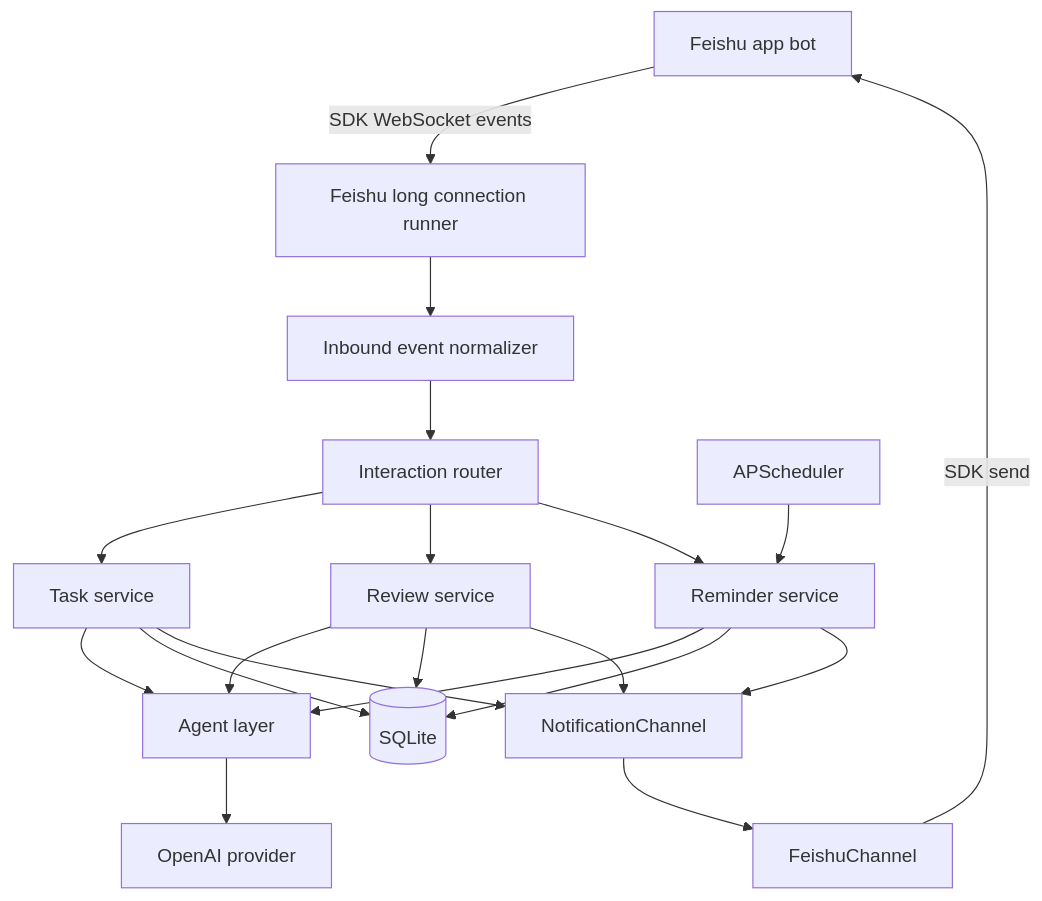
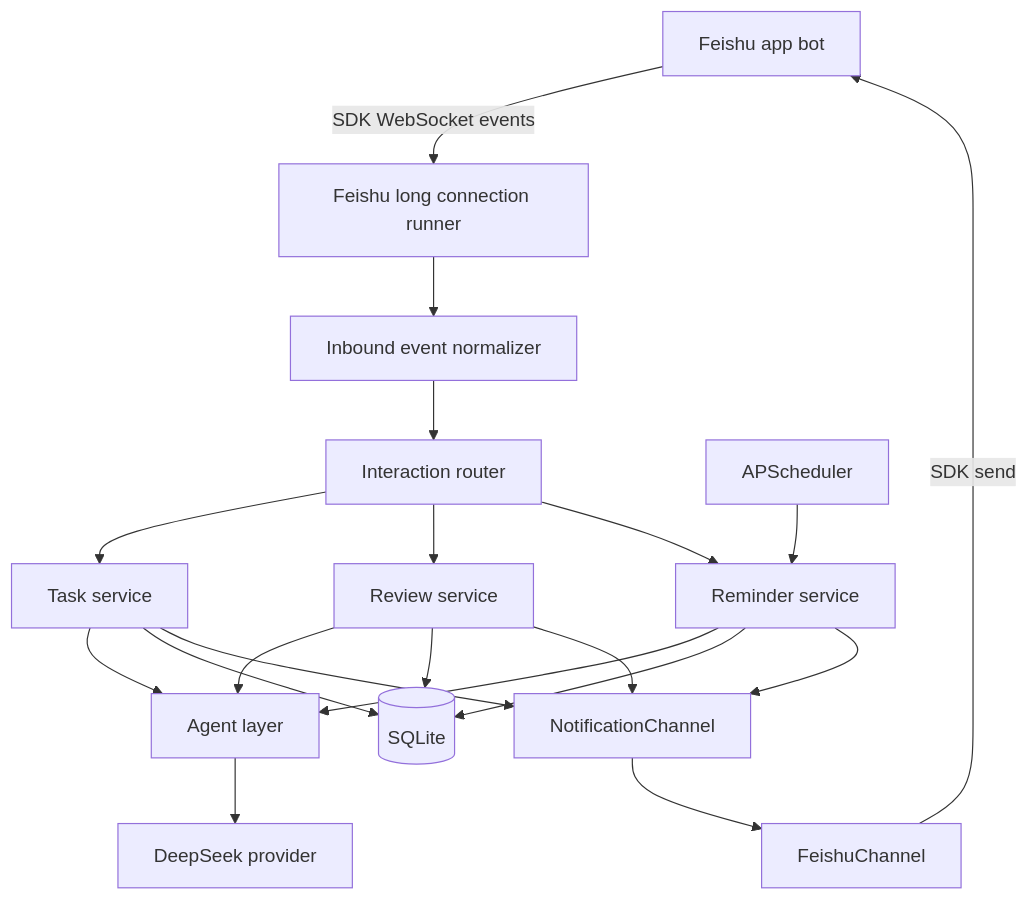
The diagram in docs/plans/2026-06-06-001-feat-personal-assistant-agent-plan.md (cyt1999/ia), drawn with Mermaid before and after one commit. The commit also changed other lines of this file and 12 other files, not shown here.

Commit message:
feat: adapt llm provider to DeepSeek

````diff
--- a/docs/plans/2026-06-06-001-feat-personal-assistant-agent-plan.md
+++ b/docs/plans/2026-06-06-001-feat-personal-assistant-agent-plan.md
@@ -76,22 +76,22 @@
 ```mermaid
 flowchart TB
   Feishu[Feishu app bot] -->|SDK WebSocket events| Runner[Feishu long connection runner]
   Runner --> Inbound[Inbound event normalizer]
   Inbound --> Router[Interaction router]
   Router --> TaskSvc[Task service]
   Router --> ReviewSvc[Review service]
   Router --> ReminderSvc[Reminder service]
   TaskSvc --> Agent[Agent layer]
   ReviewSvc --> Agent
   ReminderSvc --> Agent
-  Agent --> LLM[OpenAI provider]
+  Agent --> LLM[DeepSeek provider]
   TaskSvc --> DB[(SQLite)]
   ReviewSvc --> DB
   ReminderSvc --> DB
   Scheduler[APScheduler] --> ReminderSvc
   ReminderSvc --> Channel[NotificationChannel]
   ReviewSvc --> Channel
   TaskSvc --> Channel
   Channel --> FeishuAdapter[FeishuChannel]
   FeishuAdapter -->|SDK send| Feishu
 ```
````
